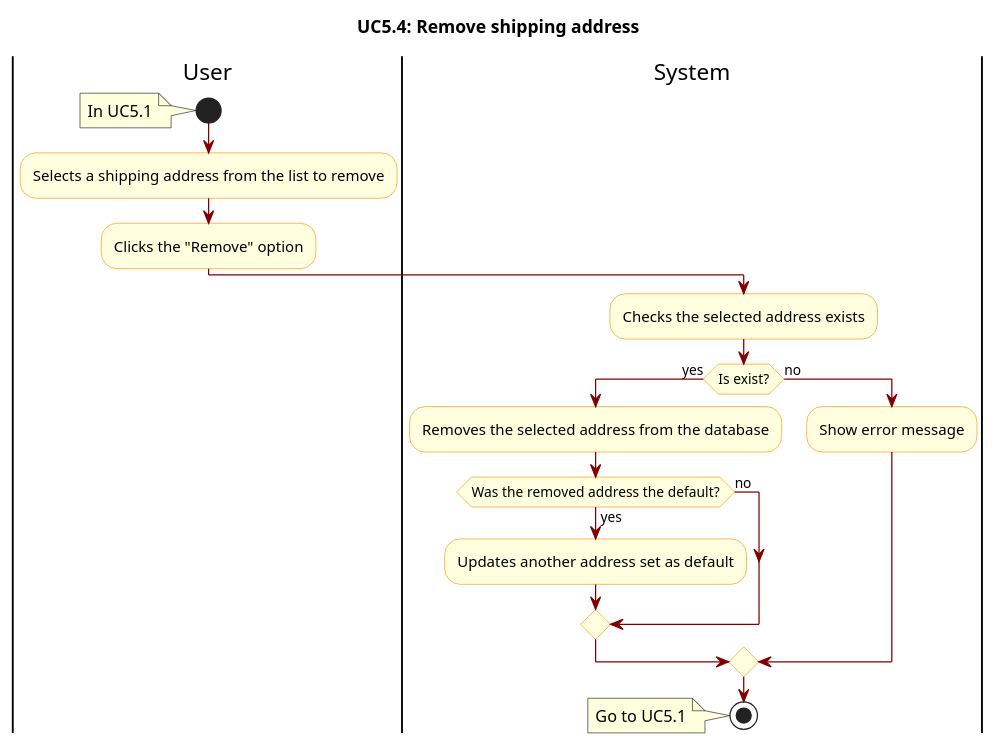
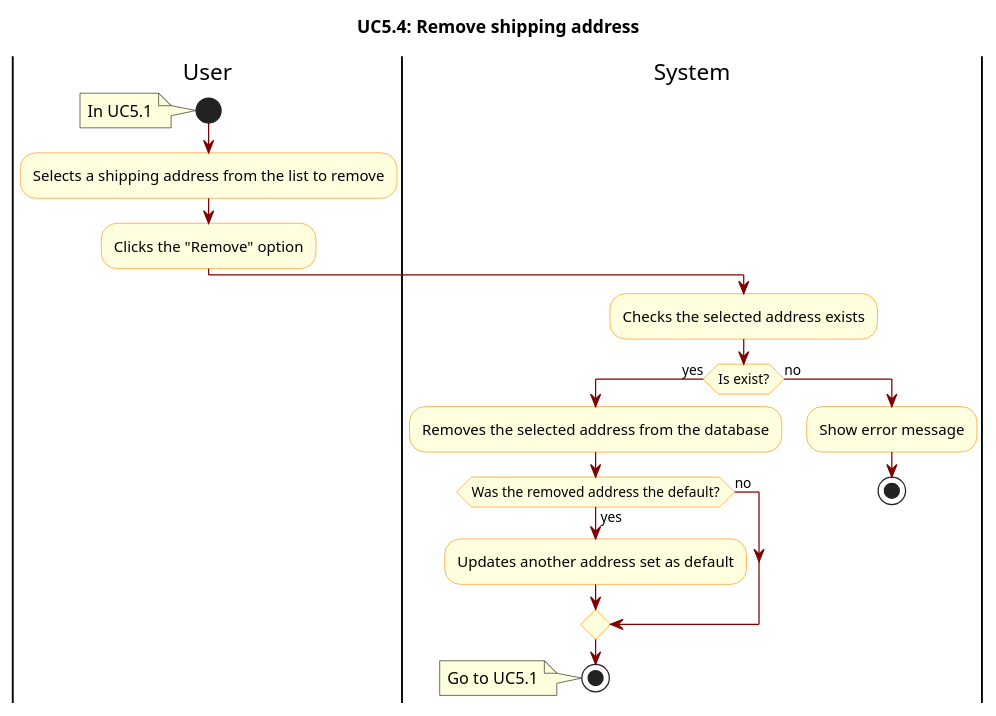
One commit to hiusnguyen201/BE_ClothingShop changed the diagram in docs/activity diagram/UC5.5-RemoveShippingAddress.wsd. Above: the diagram before and after it, drawn with PlantUML. The commit also changed 83 other files, not shown here.

Commit message:
:zap: update activity diagram (docs)

```diff
--- a/docs/activity diagram/UC5.5-RemoveShippingAddress.wsd
+++ b/docs/activity diagram/UC5.5-RemoveShippingAddress.wsd
@@ -1,38 +1,41 @@
 @startuml
 
 skinparam ActivityBackgroundColor LightYellow
 skinparam ActivityBorderColor DarkOrange
 skinparam ArrowColor Maroon
 
 |User|
 
 title UC5.4: Remove shipping address
 
 start
 note left
     In UC5.1
 end note
 
 |User|
 :Selects a shipping address from the list to remove;
 :Clicks the "Remove" option;
 
 |System|
 :Checks the selected address exists;
 if(Is exist?) then (yes)
     :Removes the selected address from the database;
     if(Was the removed address the default?) then(yes)
         :Updates another address set as default;
     else(no)
     endif
+
+    stop
+    note left
+        Go to UC5.1
+    end note
 else(no)
     :Show error message;
+    stop
 endif
 
-stop
-note left
-    Go to UC5.1
-end note
+
 
 
 @enduml
```
